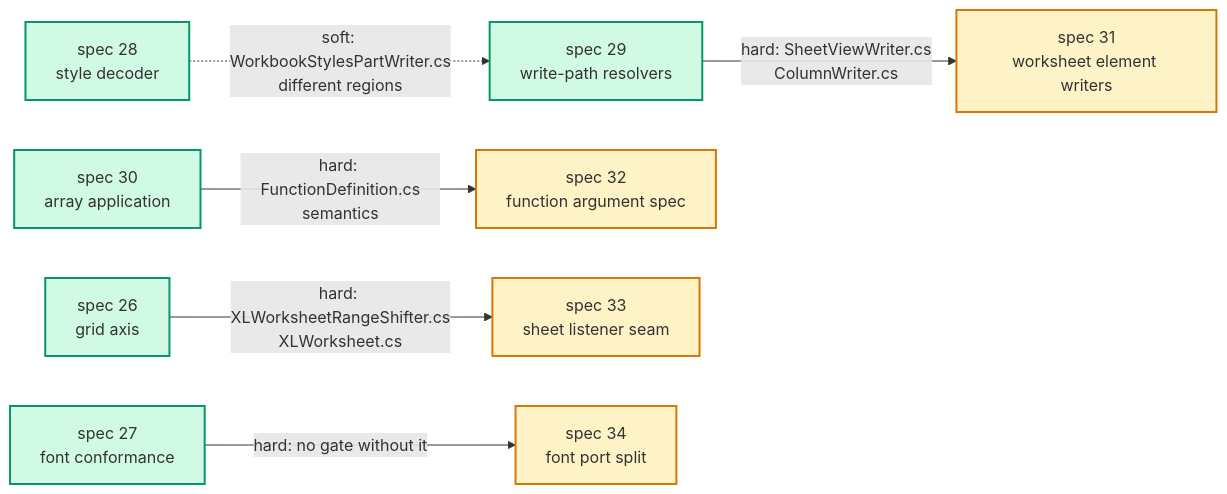
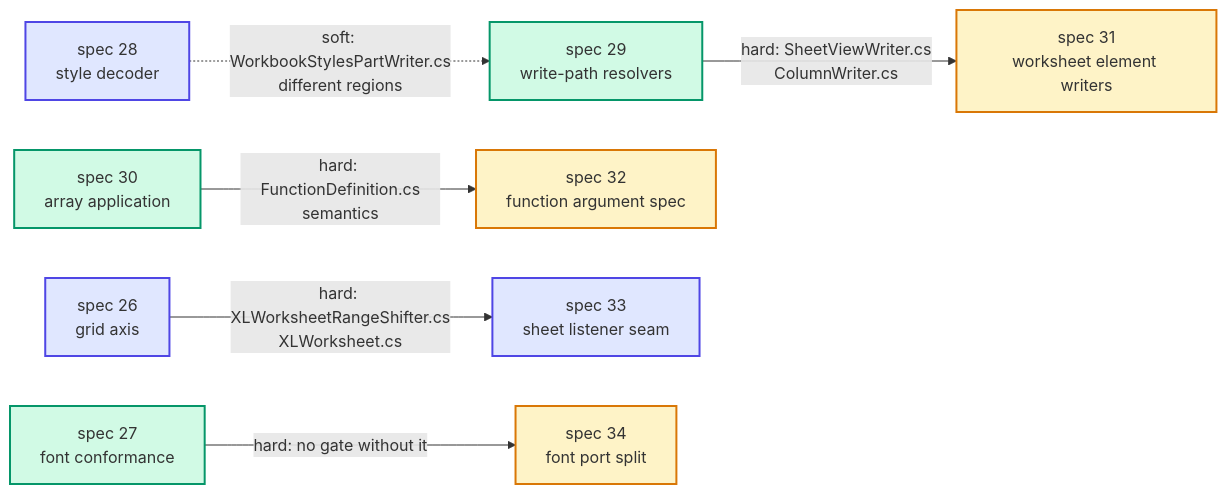
Before and after one commit to XLibur/XLibur: the diagram in docs/specs/TASKLIST-architecture-deepening-2.md, drawn with Mermaid. The commit also changed other lines of this file and 10 other files, not shown here.

````diff
--- a/docs/specs/TASKLIST-architecture-deepening-2.md
+++ b/docs/specs/TASKLIST-architecture-deepening-2.md
@@ -210,21 +249,22 @@
 ```mermaid
 flowchart LR
-  S26["spec 26<br/>grid axis"]:::ready
+  S26["spec 26<br/>grid axis"]:::done
   S27["spec 27<br/>font conformance"]:::ready
-  S28["spec 28<br/>style decoder"]:::ready
+  S28["spec 28<br/>style decoder"]:::done
   S29["spec 29<br/>write-path resolvers"]:::ready
   S30["spec 30<br/>array application"]:::ready
   S31["spec 31<br/>worksheet element writers"]:::blocked
   S32["spec 32<br/>function argument spec"]:::blocked
-  S33["spec 33<br/>sheet listener seam"]:::blocked
+  S33["spec 33<br/>sheet listener seam"]:::done
   S34["spec 34<br/>font port split"]:::blocked
 
   S26 -->|"hard: XLWorksheetRangeShifter.cs<br/>XLWorksheet.cs"| S33
   S27 -->|"hard: no gate without it"| S34
   S29 -->|"hard: SheetViewWriter.cs<br/>ColumnWriter.cs"| S31
   S30 -->|"hard: FunctionDefinition.cs<br/>semantics"| S32
   S28 -.->|"soft: WorkbookStylesPartWriter.cs<br/>different regions"| S29
 
+  classDef done fill:#e0e7ff,stroke:#4f46e5,stroke-width:2px;
   classDef ready fill:#d1fae5,stroke:#059669,stroke-width:2px;
   classDef blocked fill:#fef3c7,stroke:#d97706,stroke-width:2px;
 ```
````
